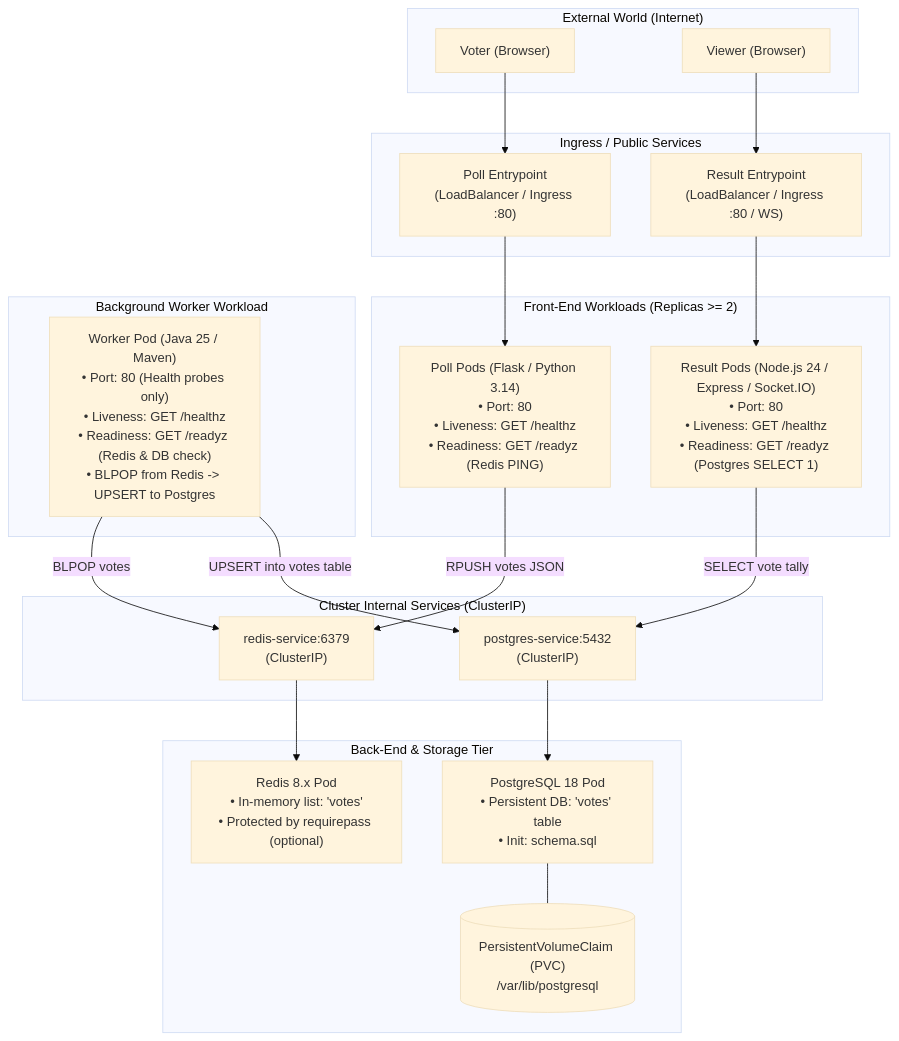
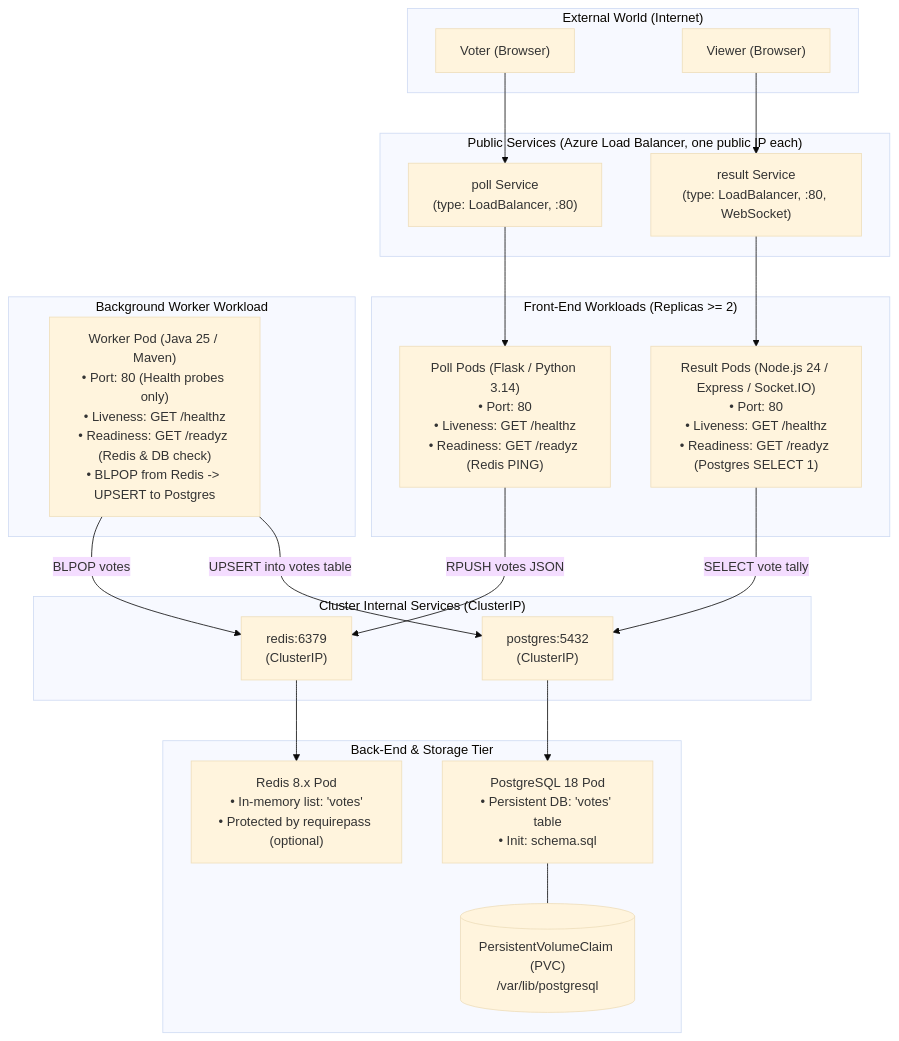
The diagram in README.md (Nexlein/Bernstein), drawn with Mermaid (base theme) before and after one commit. The commit also changed 3 other files, not shown here.

First line of the commit message:
feat(k8s): expose poll and result through loadbalancer services (#64)

````diff
--- a/README.md
+++ b/README.md
@@ -13,43 +13,43 @@
 ```mermaid
 flowchart TD
     subgraph External["External World (Internet)"]
         UserVote["Voter (Browser)"]
         UserResult["Viewer (Browser)"]
     end
 
-    subgraph IngressLayer["Ingress / Public Services"]
-        PollIngress["Poll Entrypoint\n(LoadBalancer / Ingress :80)"]
-        ResultIngress["Result Entrypoint\n(LoadBalancer / Ingress :80 / WS)"]
+    subgraph IngressLayer["Public Services (Azure Load Balancer, one public IP each)"]
+        PollIngress["poll Service\n(type: LoadBalancer, :80)"]
+        ResultIngress["result Service\n(type: LoadBalancer, :80, WebSocket)"]
     end
 
     subgraph WebTier["Front-End Workloads (Replicas >= 2)"]
         PollPods["Poll Pods (Flask / Python 3.14)\n• Port: 80\n• Liveness: GET /healthz\n• Readiness: GET /readyz (Redis PING)"]
         ResultPods["Result Pods (Node.js 24 / Express / Socket.IO)\n• Port: 80\n• Liveness: GET /healthz\n• Readiness: GET /readyz (Postgres SELECT 1)"]
     end
 
     subgraph InternalServices["Cluster Internal Services (ClusterIP)"]
-        RedisSvc["redis-service:6379\n(ClusterIP)"]
-        PostgresSvc["postgres-service:5432\n(ClusterIP)"]
+        RedisSvc["redis:6379\n(ClusterIP)"]
+        PostgresSvc["postgres:5432\n(ClusterIP)"]
     end
 
     subgraph BackingTier["Back-End & Storage Tier"]
         RedisPod["Redis 8.x Pod\n• In-memory list: 'votes'\n• Protected by requirepass (optional)"]
         PostgresPod["PostgreSQL 18 Pod\n• Persistent DB: 'votes' table\n• Init: schema.sql"]
         PostgresPVC[("PersistentVolumeClaim (PVC)\n/var/lib/postgresql")]
     end
 
     subgraph ProcessingTier["Background Worker Workload"]
         WorkerPod["Worker Pod (Java 25 / Maven)\n• Port: 80 (Health probes only)\n• Liveness: GET /healthz\n• Readiness: GET /readyz (Redis & DB check)\n• BLPOP from Redis -> UPSERT to Postgres"]
     end
 
     %% External routing
     UserVote --> PollIngress --> PollPods
     UserResult --> ResultIngress --> ResultPods
 
     %% Internal communication
     PollPods -- "RPUSH votes JSON" --> RedisSvc --> RedisPod
     WorkerPod -- "BLPOP votes" --> RedisSvc
     WorkerPod -- "UPSERT into votes table" --> PostgresSvc --> PostgresPod
     ResultPods -- "SELECT vote tally" --> PostgresSvc
     PostgresPod --- PostgresPVC
 ```
````
